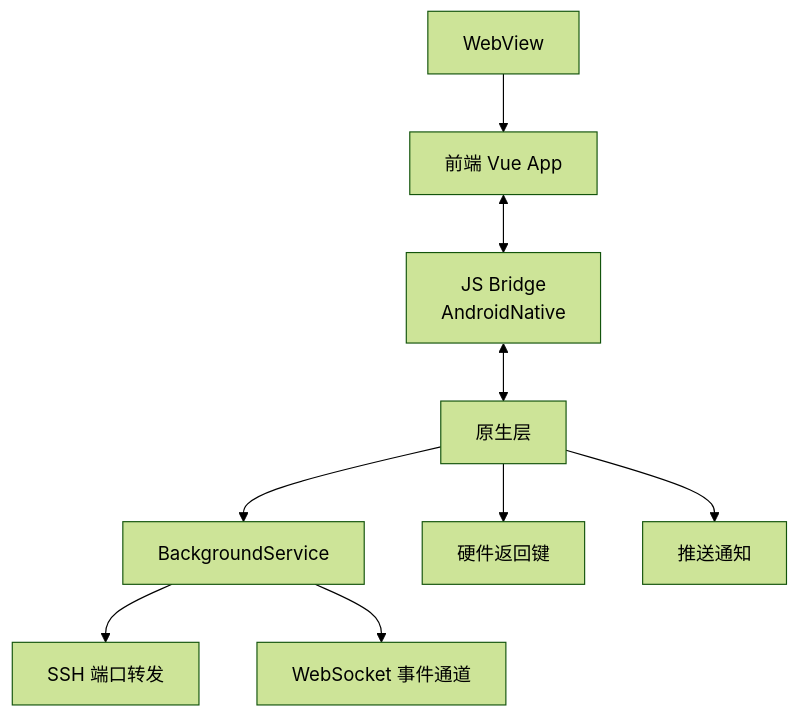
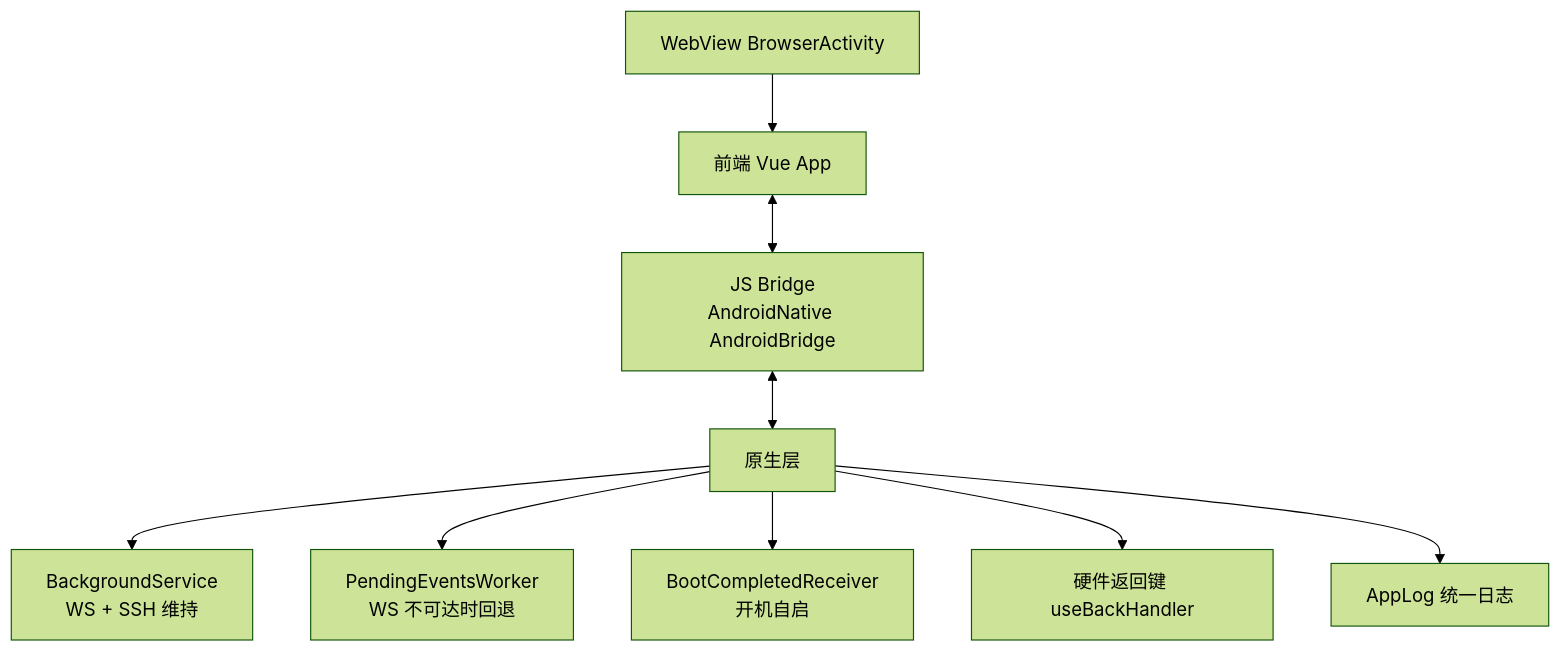
Before and after one commit to clawbench-dev/clawbench: the first of 3 diagrams in docs/spec/client/android-integration.md, drawn with Mermaid (forest theme). The commit also changed other lines of this file and 15 other files, not shown here.

````diff
--- a/docs/spec/client/android-integration.md
+++ b/docs/spec/client/android-integration.md
@@ -9,13 +9,11 @@
 ```mermaid
 flowchart TD
-    A[WebView] --> B[前端 Vue App]
-    B <--> C[JS Bridge<br/>AndroidNative]
+    A[WebView BrowserActivity] --> B[前端 Vue App]
+    B <--> C[JS Bridge<br/>AndroidNative AndroidBridge]
     C <--> D[原生层]
-
-    D --> E[BackgroundService]
-    E --> F[SSH 端口转发]
-    E --> G[WebSocket 事件通道]
-
-    D --> I[硬件返回键]
-    D --> J[推送通知]
+    D --> E[BackgroundService<br/>WS + SSH 维持]
+    D --> F[PendingEventsWorker<br/>WS 不可达时回退]
+    D --> G[BootCompletedReceiver<br/>开机自启]
+    D --> I[硬件返回键 useBackHandler]
+    D --> J[AppLog 统一日志]
 ```
````
